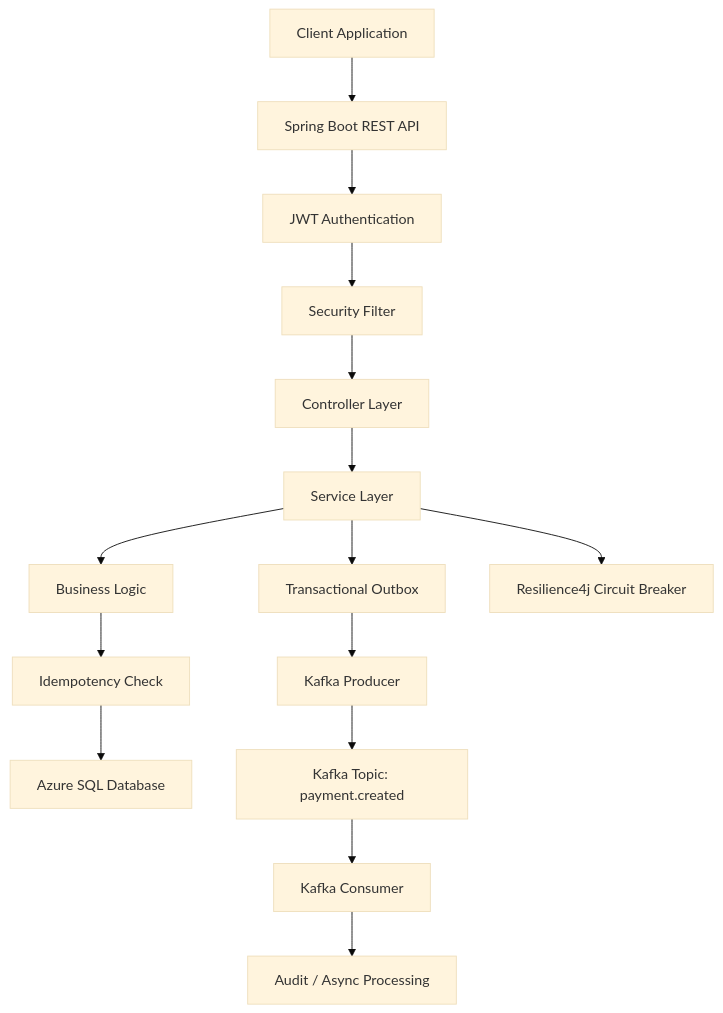
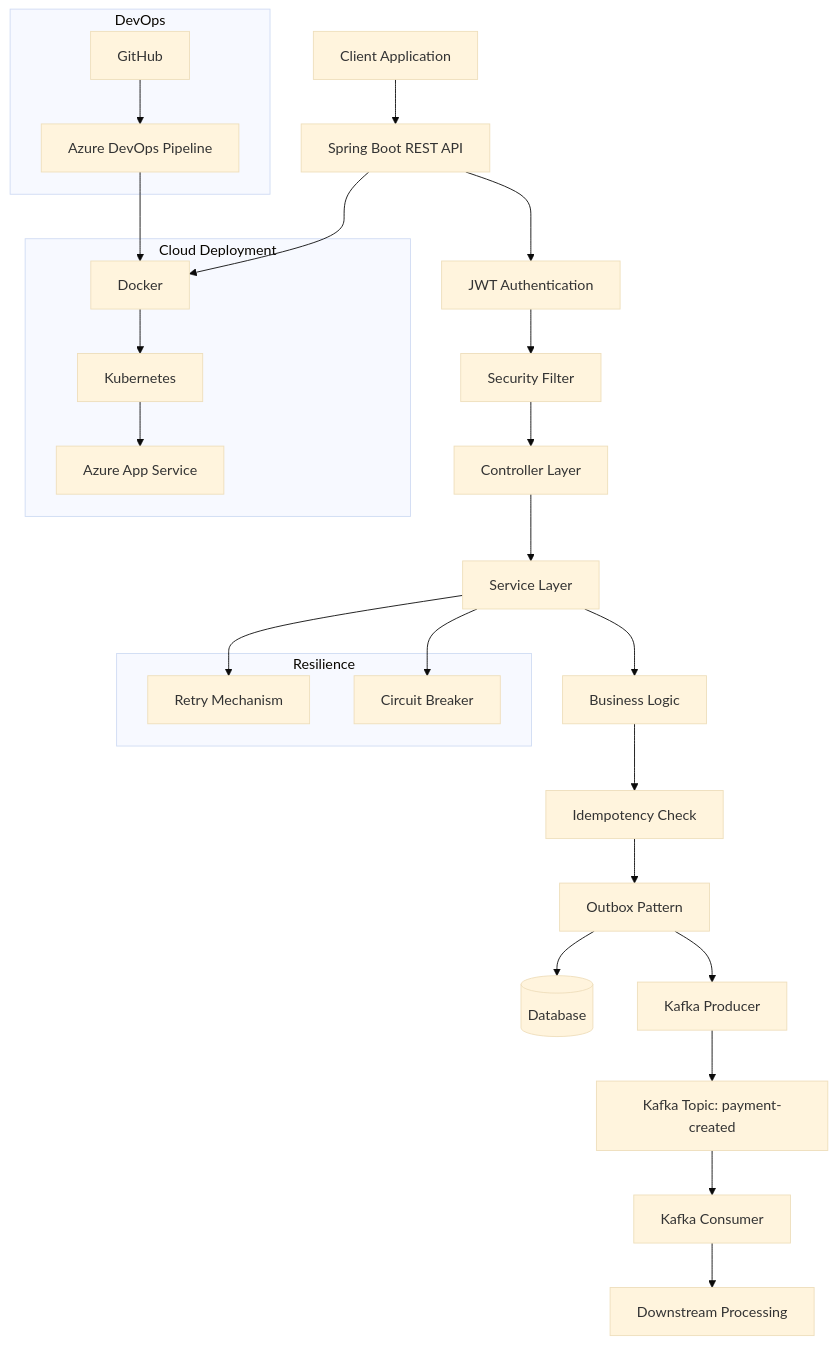
One commit to suryanarayananabinaya-tech/payment changed the diagram in README.md. Above: the diagram before and after it, drawn with Mermaid (base theme).

Commit message:
Update architecture diagram in README.md

````diff
--- a/README.md
+++ b/README.md
@@ -25,17 +25,49 @@
 ```mermaid
 flowchart TD
-    A["Client Application"] --> B["Spring Boot REST API"]
-    B --> C["JWT Authentication"]
-    C --> D["Security Filter"]
-    D --> E["Controller Layer"]
-    E --> F["Service Layer"]
-    F --> G["Business Logic"]
-    G --> H["Idempotency Check"]
-    H --> I["Azure SQL Database"]
-    F --> J["Transactional Outbox"]
-    J --> K["Kafka Producer"]
-    K --> L["Kafka Topic: payment.created"]
-    L --> M["Kafka Consumer"]
-    M --> N["Audit / Async Processing"]
-    F --> O["Resilience4j Circuit Breaker"]
+
+A[Client Application] --> B[Spring Boot REST API]
+
+B --> C[JWT Authentication]
+C --> D[Security Filter]
+
+D --> E[Controller Layer]
+E --> F[Service Layer]
+
+F --> G[Business Logic]
+G --> H[Idempotency Check]
+H --> I[Outbox Pattern]
+
+I --> J[(Database)]
+I --> K[Kafka Producer]
+
+K --> L[Kafka Topic: payment-created]
+
+L --> M[Kafka Consumer]
+M --> N[Downstream Processing]
+
+subgraph Resilience
+R1[Retry Mechanism]
+R2[Circuit Breaker]
+end
+
+F --> R1
+F --> R2
+
+subgraph Cloud Deployment
+O[Docker]
+P[Kubernetes]
+Q[Azure App Service]
+end
+
+B --> O
+O --> P
+P --> Q
+
+subgraph DevOps
+S[GitHub]
+T[Azure DevOps Pipeline]
+end
+
+S --> T
+T --> O
 ```
````
